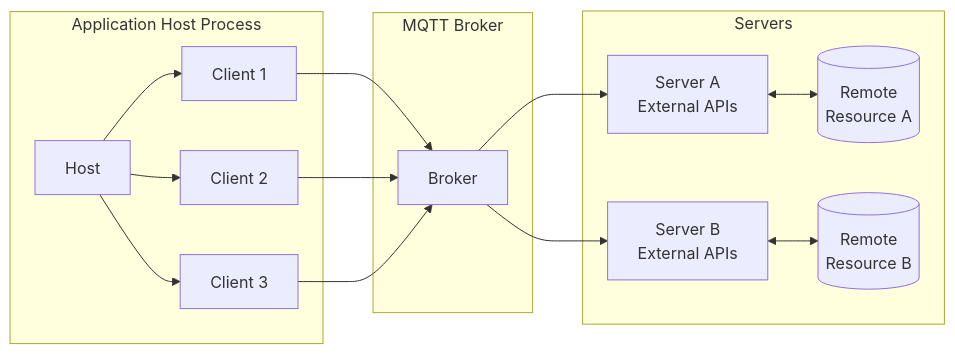
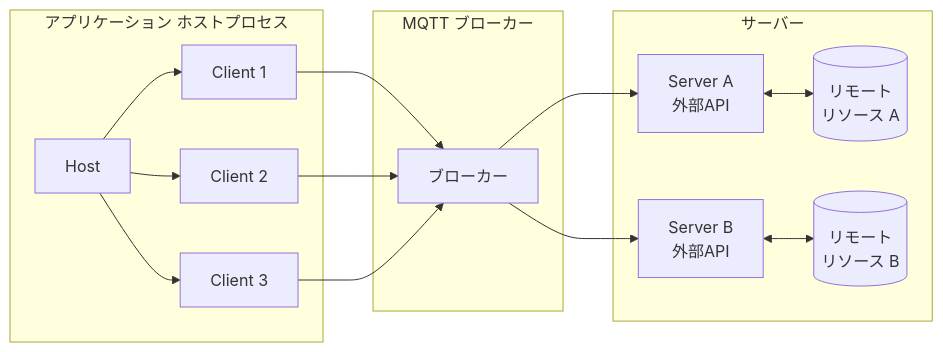
One commit to emqx/emqx-docs changed the first of 2 diagrams in ja_JP/emqx-ai/mcp-over-mqtt/architecture.md. Above: the diagram before and after it, drawn with Mermaid. The commit also changed other lines of this file and 279 other files, not shown here.

````diff
--- a/ja_JP/emqx-ai/mcp-over-mqtt/architecture.md
+++ b/ja_JP/emqx-ai/mcp-over-mqtt/architecture.md
@@ -11,33 +11,33 @@
 ```mermaid
 graph LR
-    subgraph "Application Host Process"
+    subgraph "アプリケーション ホストプロセス"
         H[Host]
         C1[Client 1]
         C2[Client 2]
         C3[Client 3]
         H --> C1
         H --> C2
         H --> C3
     end
 
-    subgraph "MQTT Broker"
-        B[Broker]
+    subgraph "MQTT ブローカー"
+        B[ブローカー]
         C1 --> B
         C2 --> B
         C3 --> B
     end
 
-    subgraph "Servers"
-        S1[Server A<br>External APIs]
-        R1[("Remote<br>Resource A")]
+    subgraph "サーバー"
+        S1[Server A<br>外部API]
+        R1[("リモート<br>リソース A")]
         B --> S1
         S1 <--> R1
     end
 
-    subgraph "Servers"
-        S2[Server B<br>External APIs]
-        R2[("Remote<br>Resource B")]
+    subgraph "サーバー"
+        S2[Server B<br>外部API]
+        R2[("リモート<br>リソース B")]
         B --> S2
         S2 <--> R2
     end
 ```
````
